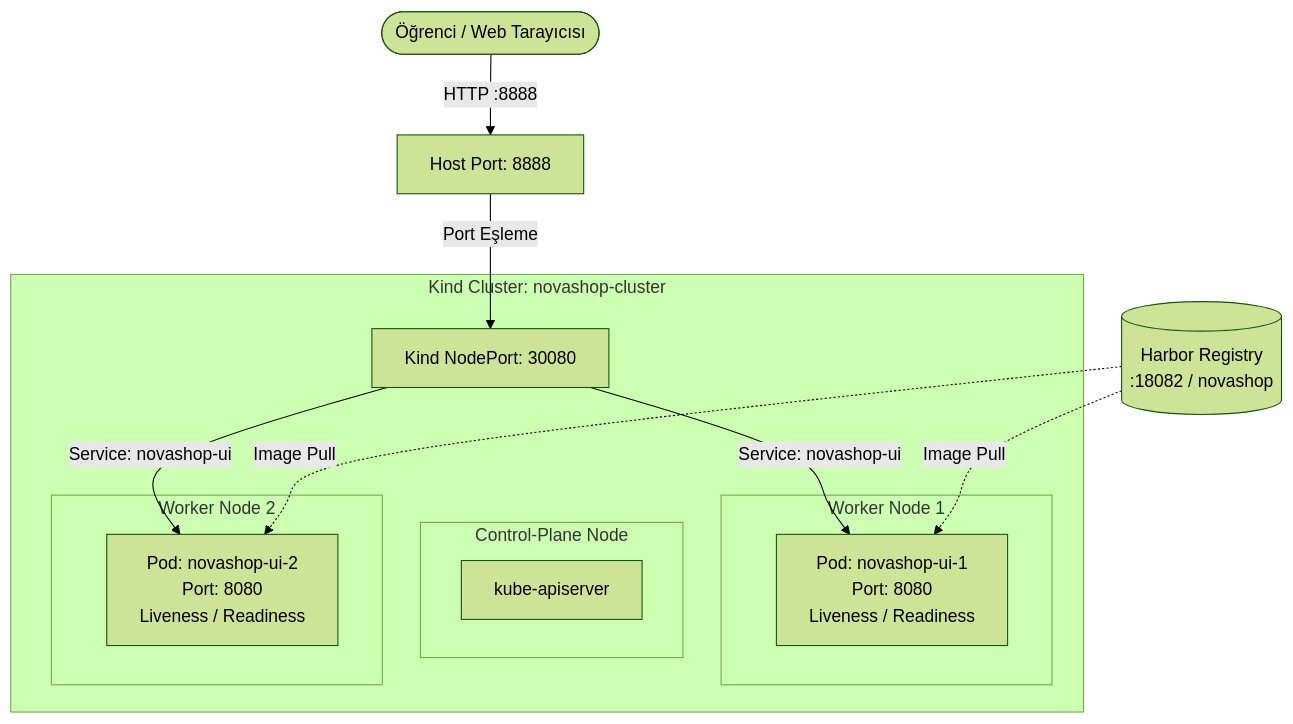
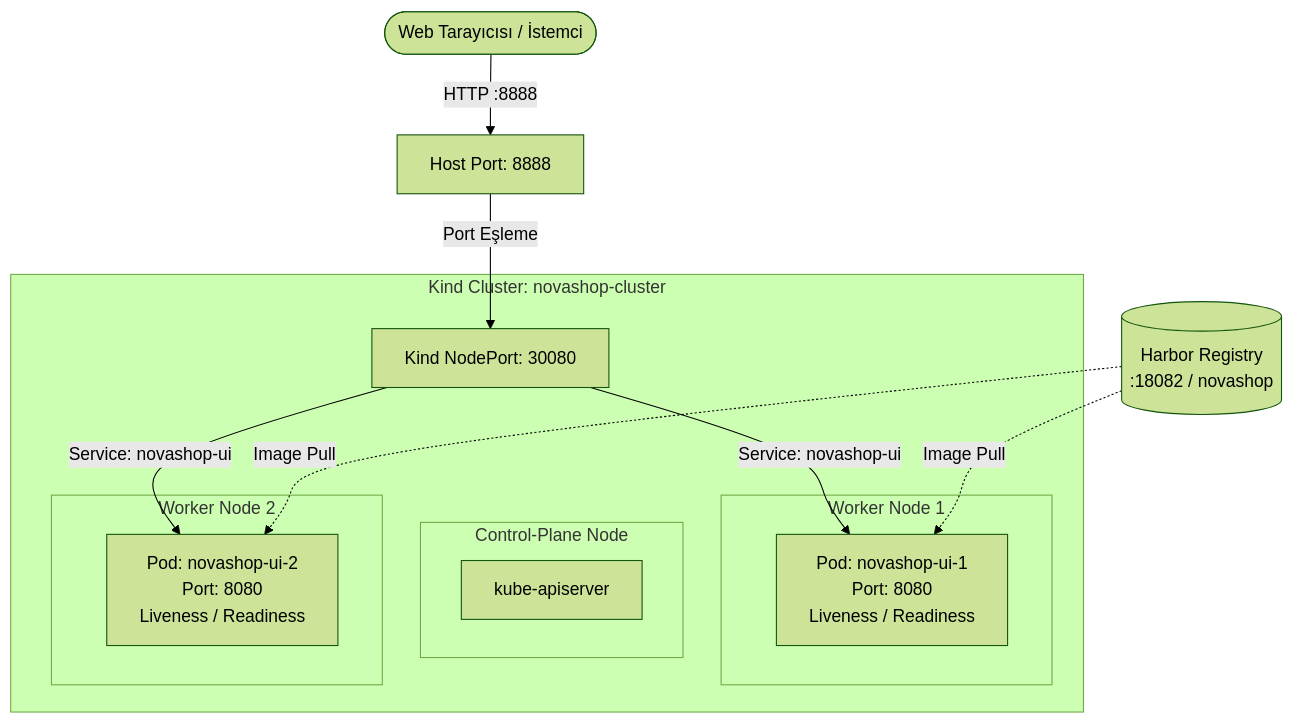
One commit to devopsatolyesi-labs/novashop changed the diagram in labs/LAB-06/README.md. Above: the diagram before and after it, drawn with Mermaid (forest theme). The commit also changed other lines of this file and 13 other files, not shown here.

````diff
--- a/labs/LAB-06/README.md
+++ b/labs/LAB-06/README.md
@@ -36,25 +36,25 @@
 ```mermaid
 graph TD
-    User([Öğrenci / Web Tarayıcısı]) -->|HTTP :8888| HostPort[Host Port: 8888]
+    User([Web Tarayıcısı / İstemci]) -->|HTTP :8888| HostPort[Host Port: 8888]
     HostPort -->|Port Eşleme| NodePort[Kind NodePort: 30080]
 
     subgraph Kind Cluster: novashop-cluster
         subgraph Control-Plane Node
             APIServer[kube-apiserver]
         end
 
         subgraph Worker Node 1
             UI_Pod1[Pod: novashop-ui-1<br/>Port: 8080<br/>Liveness / Readiness]
         end
 
         subgraph Worker Node 2
             UI_Pod2[Pod: novashop-ui-2<br/>Port: 8080<br/>Liveness / Readiness]
         end
 
         NodePort -->|Service: novashop-ui| UI_Pod1
         NodePort -->|Service: novashop-ui| UI_Pod2
     end
 
     Registry[(Harbor Registry<br/>:18082 / novashop)] -.->|Image Pull| UI_Pod1
     Registry -.->|Image Pull| UI_Pod2
 ```
````
